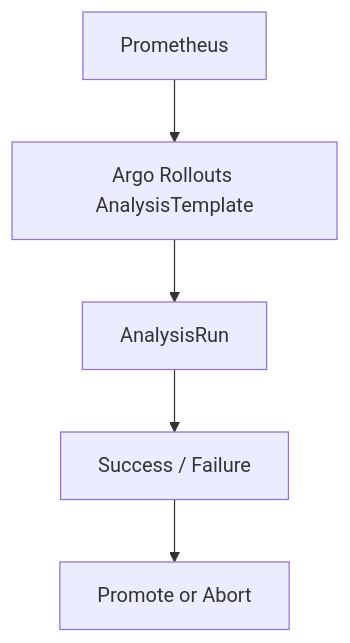
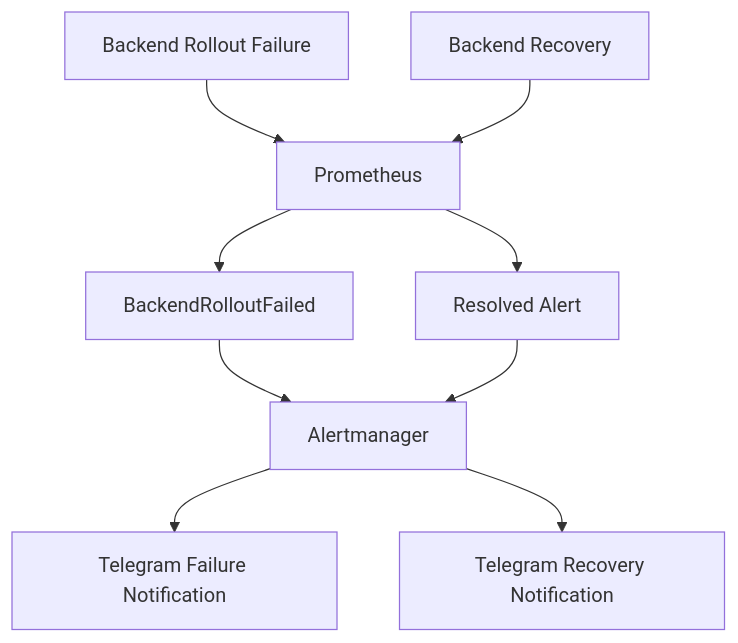
One commit to ahmed-sayed-devops/microservices-platform-gitops changed diagram 18 of 35 in docs/04-progressive-delivery/README.md. Above: the diagram before and after it, drawn with Mermaid. The commit also changed other lines of this file and 13 other files, not shown here.

Commit message:
docs: update progressive delivery and platform architecture

````diff
--- a/docs/04-progressive-delivery/README.md
+++ b/docs/04-progressive-delivery/README.md
@@ -797,7 +966,13 @@
 ```mermaid
 graph TD
-    A["Prometheus"] --> B["Argo Rollouts AnalysisTemplate"]
-    B --> C["AnalysisRun"]
-    C --> D["Success / Failure"]
-    D --> E["Promote or Abort"]
+
+    A["Backend Rollout Failure"] --> B["Prometheus"]
+    B --> C["BackendRolloutFailed"]
+    C --> D["Alertmanager"]
+    D --> E["Telegram Failure Notification"]
+
+    F["Backend Recovery"] --> B
+    B --> G["Resolved Alert"]
+    G --> D
+    D --> H["Telegram Recovery Notification"]
 ```
````
